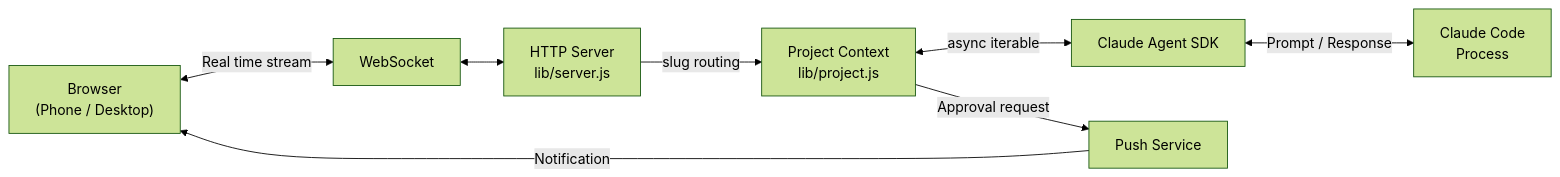
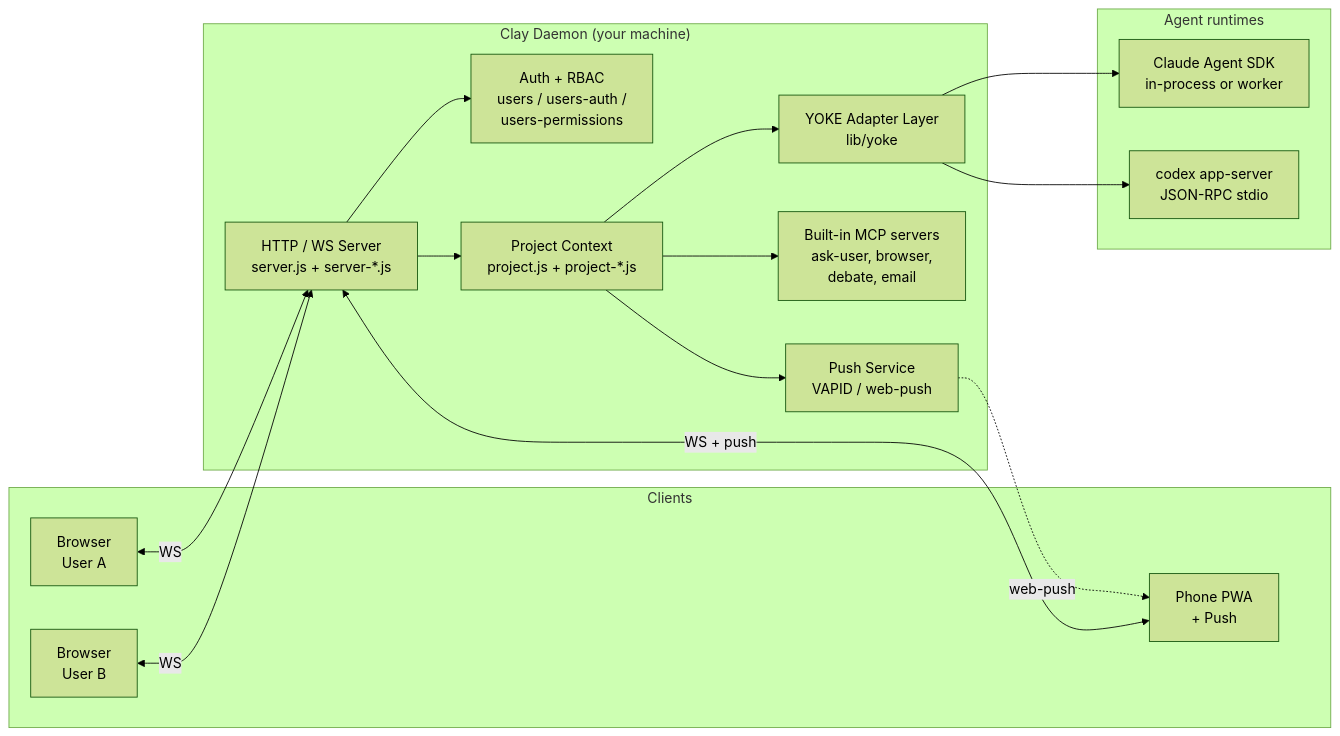
One commit to browntea/clay changed the first of 5 diagrams in docs/guides/architecture.md. Above: the diagram before and after it, drawn with Mermaid (forest theme). The commit also changed other lines of this file and 1 other file, not shown here.

First line of the commit message:
docs(architecture): rewrite around YOKE, multi-user, and Codex

````diff
--- a/docs/guides/architecture.md
+++ b/docs/guides/architecture.md
@@ -9,18 +9,34 @@
 ```mermaid
 graph LR
-    Browser["Browser<br/>(Phone / Desktop)"]
-    WS["WebSocket"]
-    Server["HTTP Server<br/>lib/server.js"]
-    Project["Project Context<br/>lib/project.js"]
-    SDK["Claude Agent SDK"]
-    Claude["Claude Code<br/>Process"]
-    Push["Push Service"]
+    subgraph Clients
+      B1["Browser<br/>User A"]
+      B2["Browser<br/>User B"]
+      Phone["Phone PWA<br/>+ Push"]
+    end
 
-    Browser <-->|Real time stream| WS
-    WS <--> Server
-    Server -->|slug routing| Project
-    Project <-->|async iterable| SDK
-    SDK <-->|Prompt / Response| Claude
-    Project -->|Approval request| Push
-    Push -->|Notification| Browser
+    subgraph Daemon["Clay Daemon (your machine)"]
+      Auth["Auth + RBAC<br/>users / users-auth /<br/>users-permissions"]
+      WS["HTTP / WS Server<br/>server.js + server-*.js"]
+      Project["Project Context<br/>project.js + project-*.js"]
+      YOKE["YOKE Adapter Layer<br/>lib/yoke"]
+      MCP["Built-in MCP servers<br/>ask-user, browser,<br/>debate, email"]
+      Push["Push Service<br/>VAPID / web-push"]
+    end
+
+    subgraph Vendors["Agent runtimes"]
+      Claude["Claude Agent SDK<br/>in-process or worker"]
+      Codex["codex app-server<br/>JSON-RPC stdio"]
+    end
+
+    B1 <-->|WS| WS
+    B2 <-->|WS| WS
+    Phone <-->|WS + push| WS
+    WS --> Auth
+    WS --> Project
+    Project --> YOKE
+    Project --> MCP
+    Project --> Push
+    YOKE --> Claude
+    YOKE --> Codex
+    Push -.->|web-push| Phone
 ```
````
